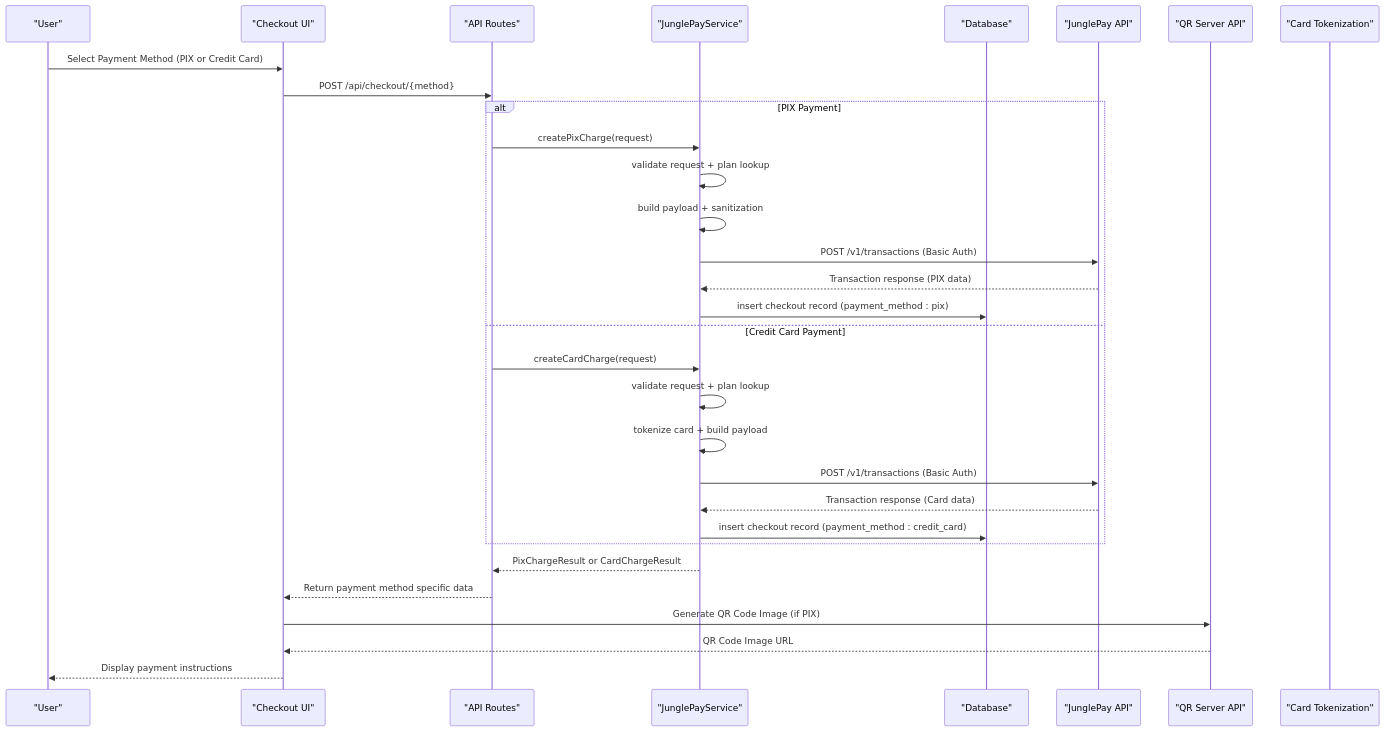
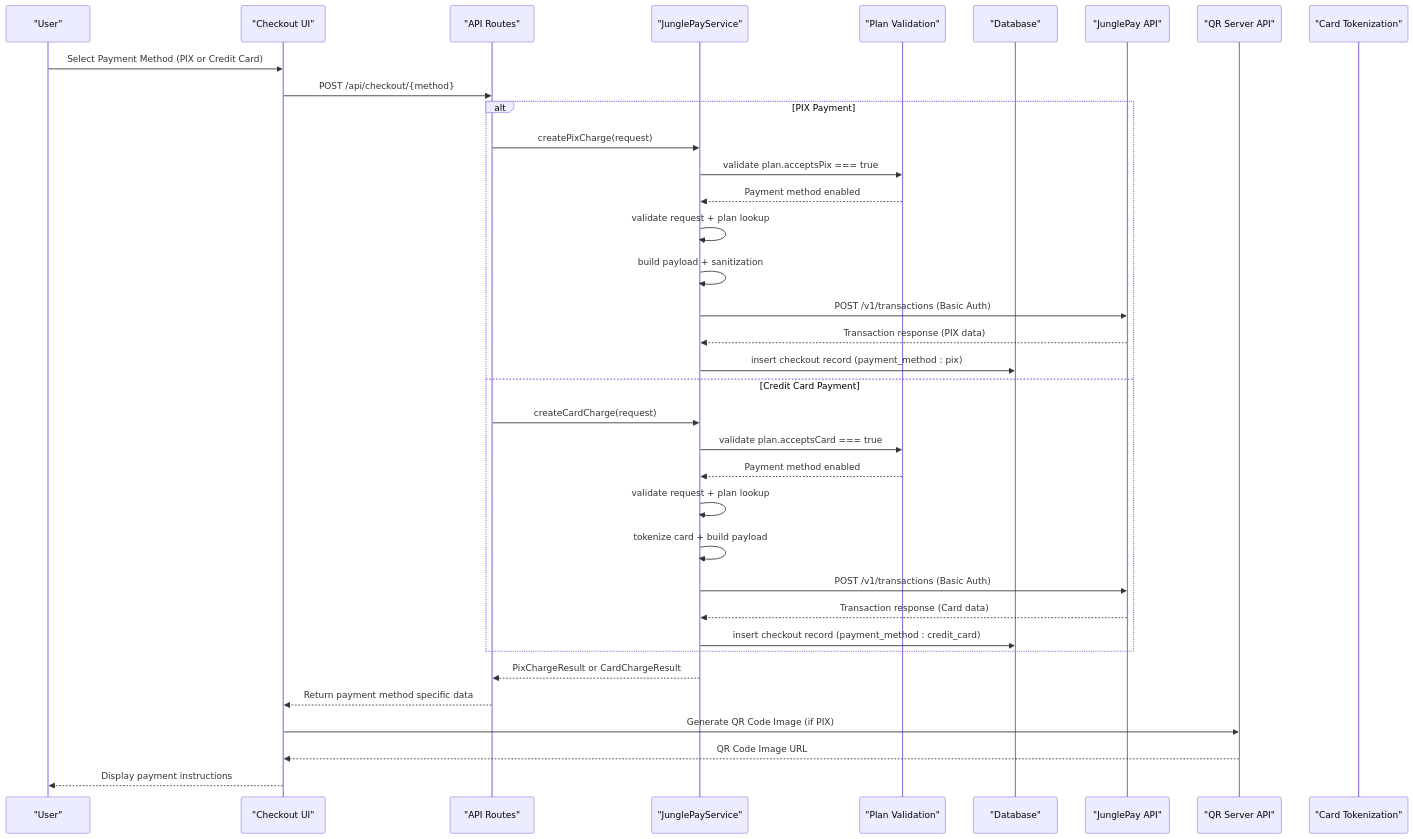
Before and after one commit to eromedrive2tb-gif/Avitrine: the second of 6 diagrams in .qoder/repowiki/en/content/Payment Processing System/JunglePay Gateway Integration.md, drawn with Mermaid. The commit also changed other lines of this file and 18 other files, not shown here.

````diff
--- a/.qoder/repowiki/en/content/Payment Processing System/JunglePay Gateway Integration.md
+++ b/.qoder/repowiki/en/content/Payment Processing System/JunglePay Gateway Integration.md
@@ -124,33 +130,38 @@
 ```mermaid
 sequenceDiagram
 participant User as "User"
 participant UI as "Checkout UI"
 participant API as "API Routes"
 participant Service as "JunglePayService"
+participant Plan as "Plan Validation"
 participant DB as "Database"
 participant JPay as "JunglePay API"
 participant QRGen as "QR Server API"
 participant Token as "Card Tokenization"
 User->>UI : Select Payment Method (PIX or Credit Card)
 UI->>API : POST /api/checkout/{method}
 alt PIX Payment
 API->>Service : createPixCharge(request)
+Service->>Plan : validate plan.acceptsPix === true
+Plan-->>Service : Payment method enabled
 Service->>Service : validate request + plan lookup
 Service->>Service : build payload + sanitization
 Service->>JPay : POST /v1/transactions (Basic Auth)
 JPay-->>Service : Transaction response (PIX data)
 Service->>DB : insert checkout record (payment_method : pix)
 else Credit Card Payment
 API->>Service : createCardCharge(request)
+Service->>Plan : validate plan.acceptsCard === true
+Plan-->>Service : Payment method enabled
 Service->>Service : validate request + plan lookup
 Service->>Service : tokenize card + build payload
 Service->>JPay : POST /v1/transactions (Basic Auth)
 JPay-->>Service : Transaction response (Card data)
 Service->>DB : insert checkout record (payment_method : credit_card)
 end
 Service-->>API : PixChargeResult or CardChargeResult
 API-->>UI : Return payment method specific data
 UI->>QRGen : Generate QR Code Image (if PIX)
 QRGen-->>UI : QR Code Image URL
 UI-->>User : Display payment instructions
 ```
````
